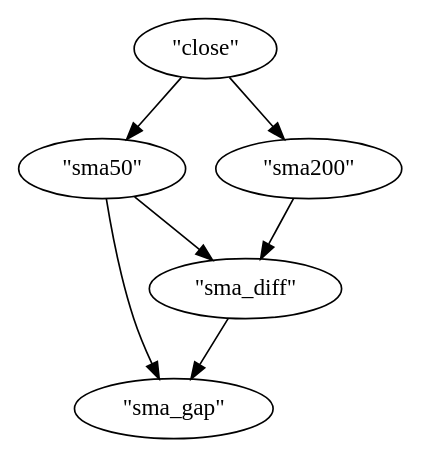
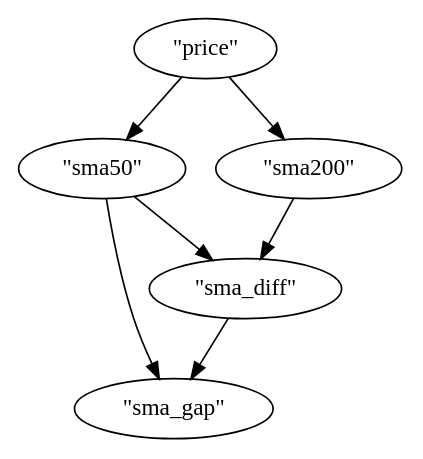
Before and after one commit to luckless-finance/bot: the diagram in expected_output.dot, drawn with Graphviz. The commit also changed 5 other files, not shown here.

```diff
--- a/expected_output.dot
+++ b/expected_output.dot
@@ -1,13 +1,13 @@
 digraph {
     0 [ label = "\"sma_gap\"" ]
     1 [ label = "\"sma_diff\"" ]
     2 [ label = "\"sma50\"" ]
     3 [ label = "\"sma200\"" ]
-    4 [ label = "\"close\"" ]
+    4 [ label = "\"price\"" ]
     1 -> 0 [ ]
     2 -> 0 [ ]
     2 -> 1 [ ]
     3 -> 1 [ ]
     4 -> 2 [ ]
     4 -> 3 [ ]
 }
```
